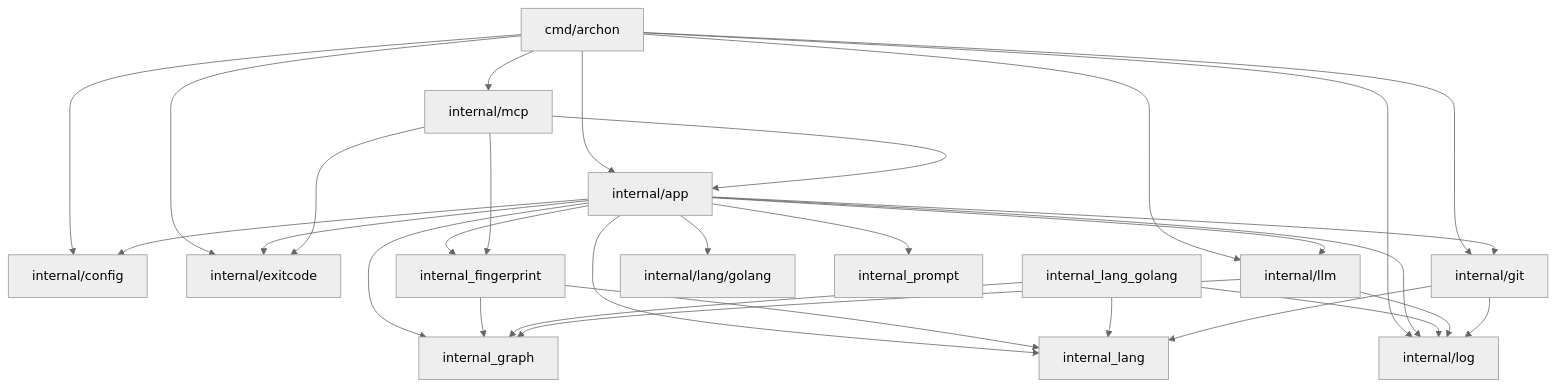
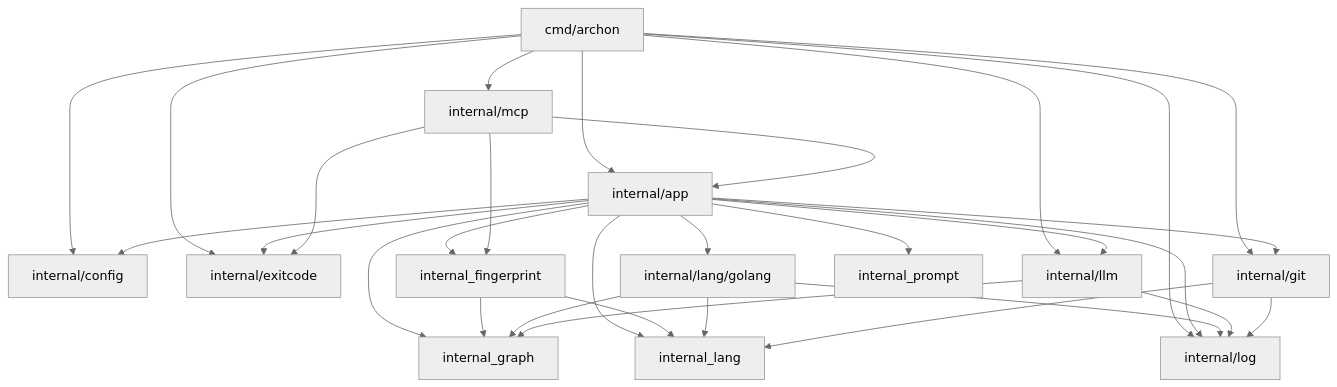
Before and after one commit to j75689/archon: the diagram in docs/ARCHITECTURE.md, drawn with Mermaid (neutral theme). The commit also changed 7 other files, not shown here.

````diff
--- a/docs/ARCHITECTURE.md
+++ b/docs/ARCHITECTURE.md
@@ -7,38 +7,38 @@
 ```mermaid
 graph TD
     cmd_archon[cmd/archon] --> internal_app[internal/app]
     cmd_archon --> internal_config[internal/config]
     cmd_archon --> internal_exitcode[internal/exitcode]
     cmd_archon --> internal_git[internal/git]
     cmd_archon --> internal_llm[internal/llm]
     cmd_archon --> internal_log[internal/log]
     cmd_archon --> internal_mcp[internal/mcp]
     
     internal_app --> internal_config
     internal_app --> internal_exitcode
     internal_app --> internal_fingerprint
     internal_app --> internal_git
     internal_app --> internal_graph
     internal_app --> internal_lang
-    internal_app --> internal_golang[internal/lang/golang]
+    internal_app --> internal_lang_golang[internal/lang/golang]
     internal_app --> internal_llm
     internal_app --> internal_log
     internal_app --> internal_prompt
     
     internal_mcp --> internal_app
     internal_mcp --> internal_exitcode
     internal_mcp --> internal_fingerprint
     
     internal_fingerprint --> internal_graph
     internal_fingerprint --> internal_lang
     
     internal_lang_golang --> internal_graph
     internal_lang_golang --> internal_lang
     internal_lang_golang --> internal_log
     
     internal_llm --> internal_graph
     internal_llm --> internal_log
     
     internal_git --> internal_lang
     internal_git --> internal_log
 ```
````
